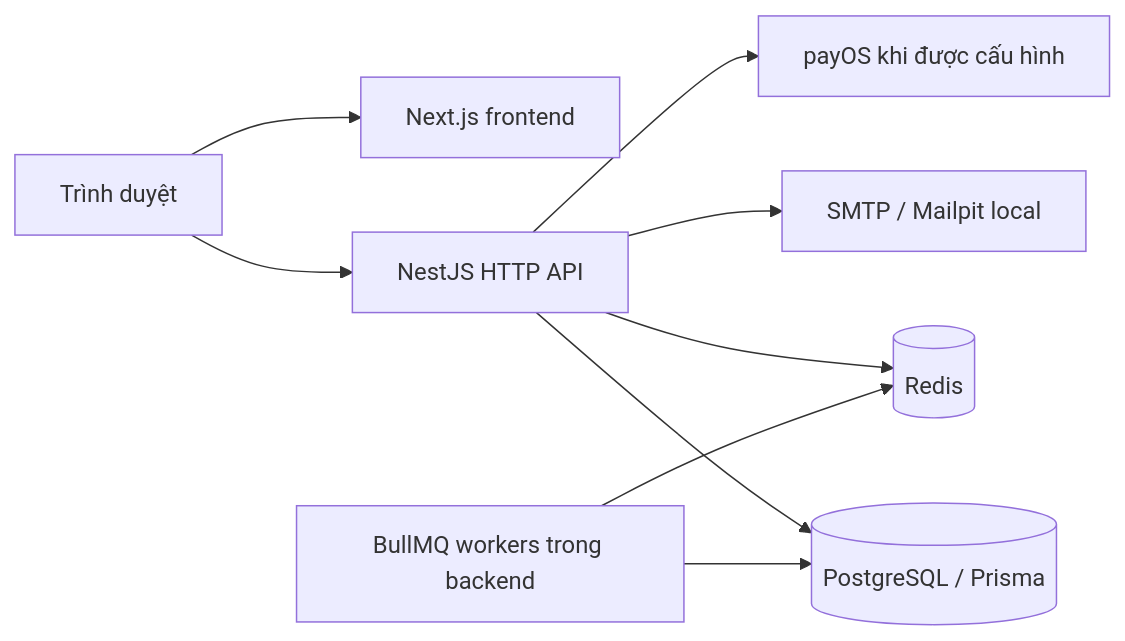
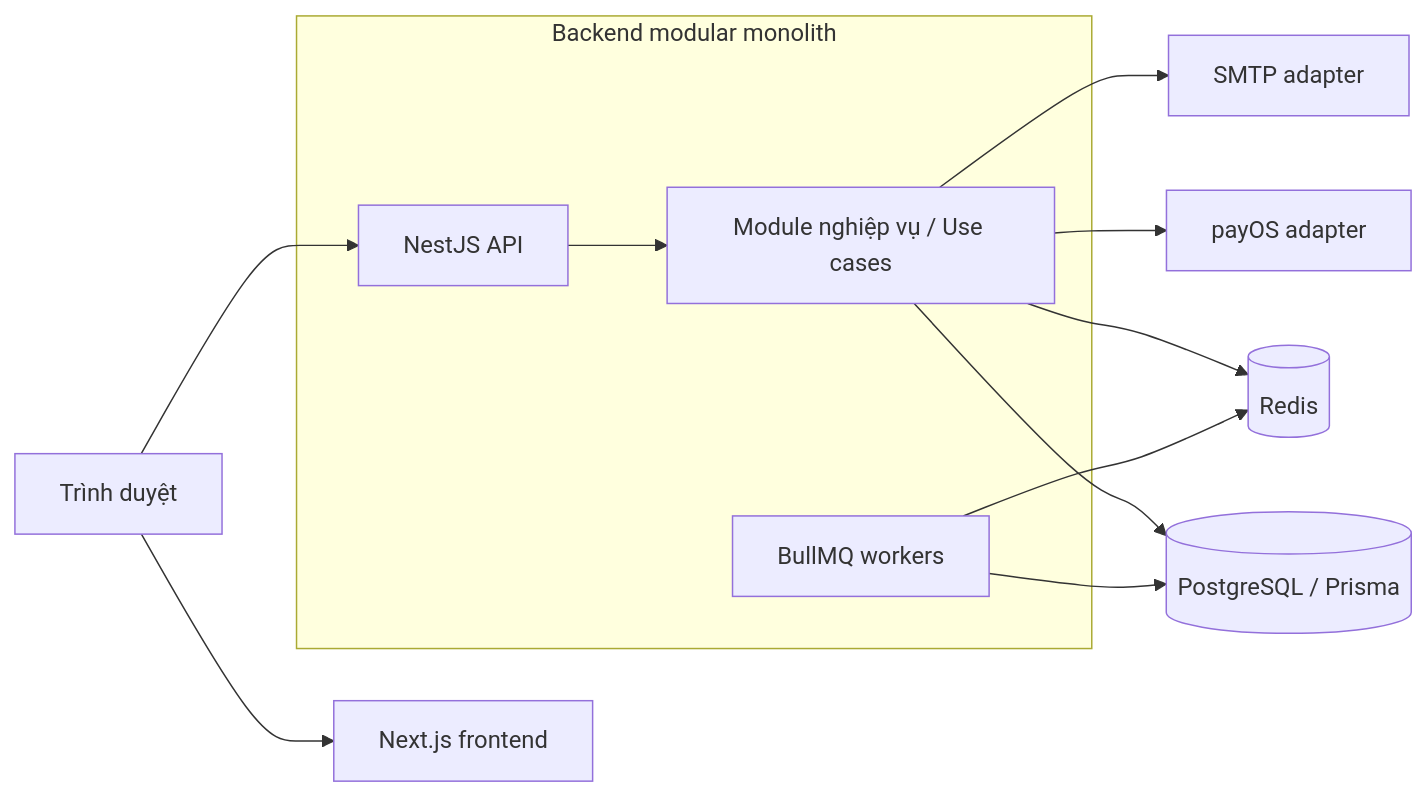
The diagram in README.md (QuanVu512/BookingManagement), drawn with Mermaid before and after one commit. The commit also changed other lines of this file, not shown here.

Commit message:
docs(readme): refresh product and architecture overview

````diff
--- a/README.md
+++ b/README.md
@@ -67,11 +18,15 @@
 ```mermaid
 flowchart LR
     Browser[Trình duyệt] --> Web[Next.js frontend]
-    Browser --> API[NestJS HTTP API]
-    API --> DB[(PostgreSQL / Prisma)]
-    API --> Redis[(Redis)]
-    Worker[BullMQ workers trong backend] --> Redis
-    Worker --> DB
-    API --> SMTP[SMTP / Mailpit local]
-    API --> PayOS[payOS khi được cấu hình]
+    Browser --> API[NestJS API]
+    subgraph Backend[Backend modular monolith]
+        API --> Modules[Module nghiệp vụ / Use cases]
+        Workers[BullMQ workers]
+    end
+    Modules --> DB[(PostgreSQL / Prisma)]
+    Modules --> Redis[(Redis)]
+    Workers --> Redis
+    Workers --> DB
+    Modules --> PayOS[payOS adapter]
+    Modules --> Mail[SMTP adapter]
 ```
````
